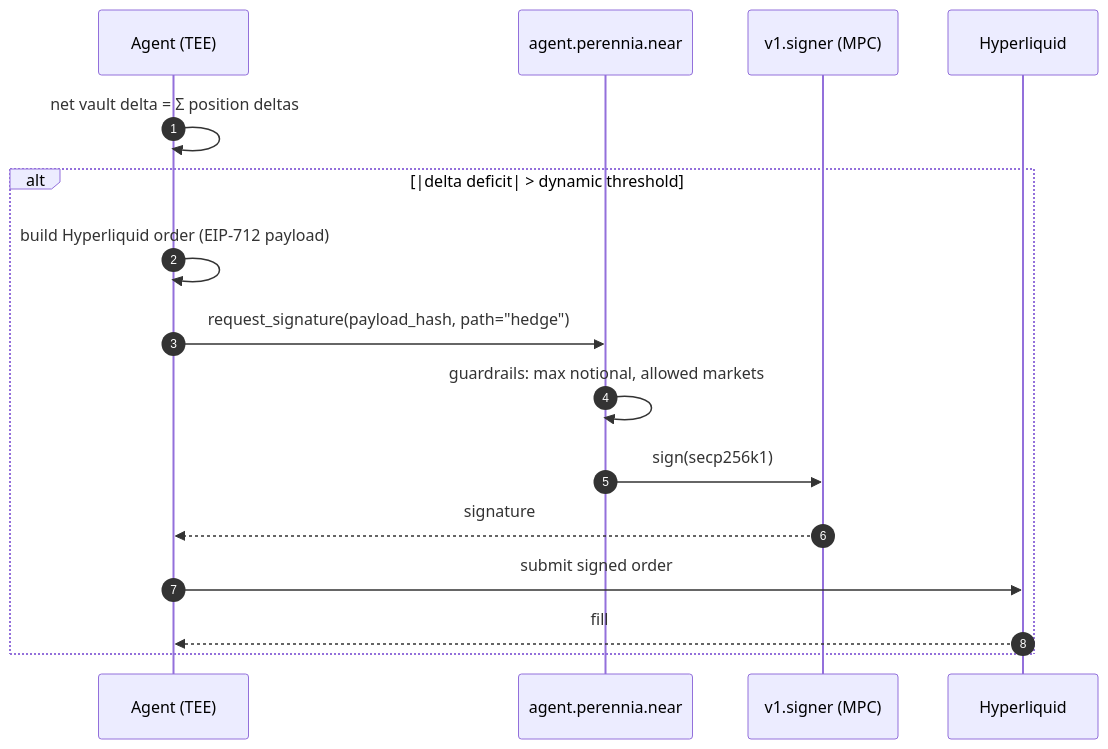
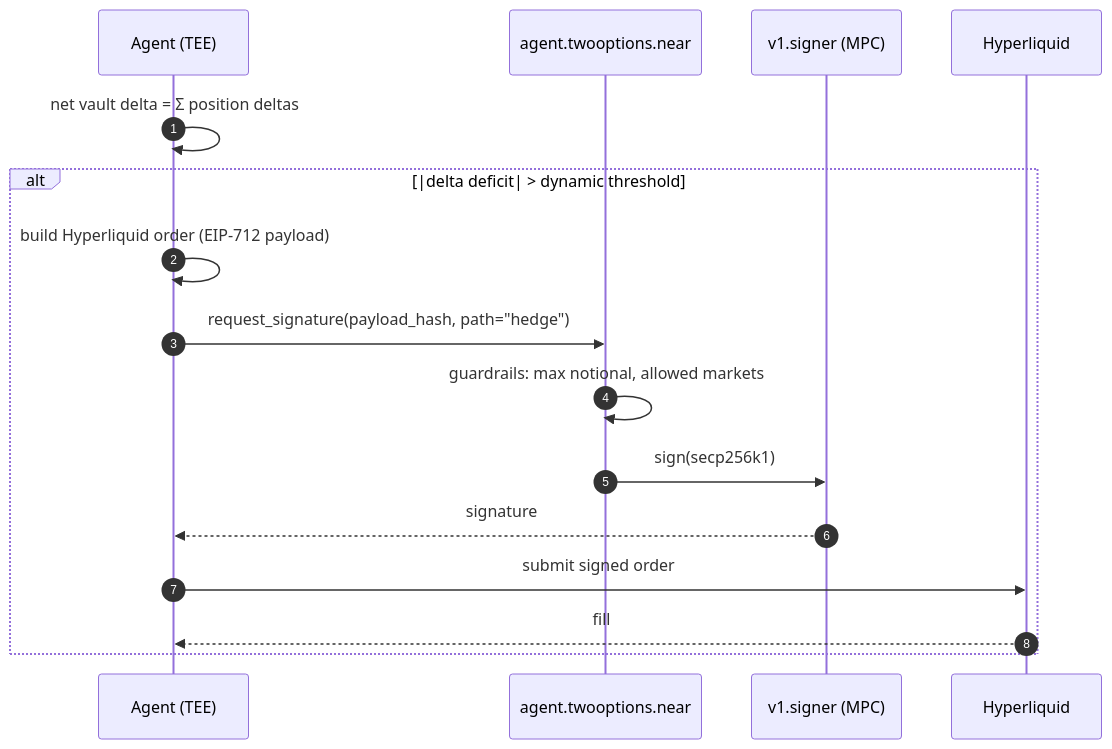
The seventh of 12 diagrams in NEAR_HACKATHON_PLAN.md (Aditya-dom/2options), drawn with Mermaid before and after one commit. The commit also changed other lines of this file and 82 other files, not shown here.

````diff
--- a/NEAR_HACKATHON_PLAN.md
+++ b/NEAR_HACKATHON_PLAN.md
@@ -265,19 +265,19 @@
 ```mermaid
 sequenceDiagram
     autonumber
     participant AG as Agent (TEE)
-    participant AC as agent.perennia.near
+    participant AC as agent.twooptions.near
     participant MPC as v1.signer (MPC)
     participant HL as Hyperliquid
 
     AG->>AG: net vault delta = Σ position deltas
     alt |delta deficit| > dynamic threshold
         AG->>AG: build Hyperliquid order (EIP-712 payload)
         AG->>AC: request_signature(payload_hash, path="hedge")
         AC->>AC: guardrails: max notional, allowed markets
         AC->>MPC: sign(secp256k1)
         MPC-->>AG: signature
         AG->>HL: submit signed order
         HL-->>AG: fill
     end
 ```
````
